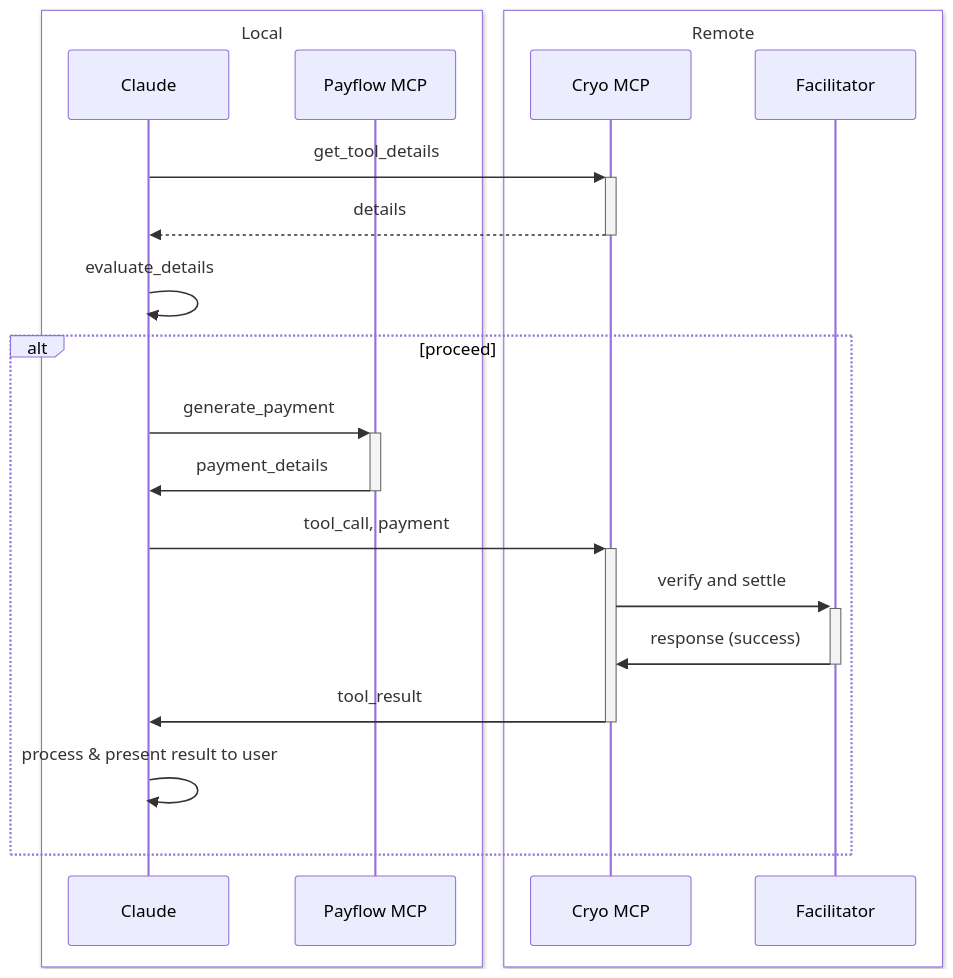
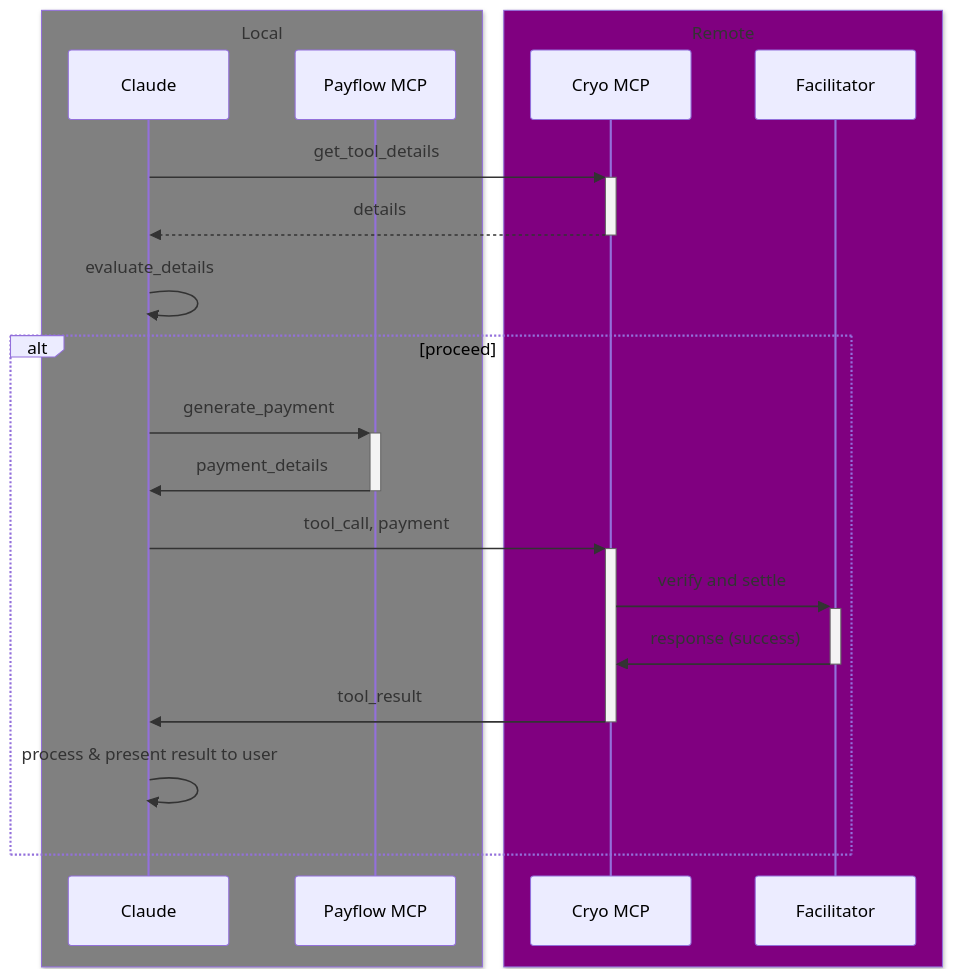
One commit to chainbound/payflow changed the diagram in README.md. Above: the diagram before and after it, drawn with Mermaid.

````diff
--- a/README.md
+++ b/README.md
@@ -44,23 +44,23 @@
 ```mermaid
 sequenceDiagram
-    box White Local
+    box Grey Local
     participant Claude
     participant Payflow MCP
     end
-    box White Remote
+    box Purple Remote
     participant Cryo MCP
     participant Facilitator
     end
     Claude->>+Cryo MCP: get_tool_details
     Cryo MCP -->>-Claude: details
     Claude->>Claude: evaluate_details
     alt proceed
         Claude->>+Payflow MCP: generate_payment
         Payflow MCP->>-Claude: payment_details
         Claude->>+Cryo MCP: tool_call, payment
         Cryo MCP->>+Facilitator: verify and settle
         Facilitator->>-Cryo MCP: response (success)
         Cryo MCP->>-Claude: tool_result
         Claude->>Claude: process & present result to user
     end
 ```
````
